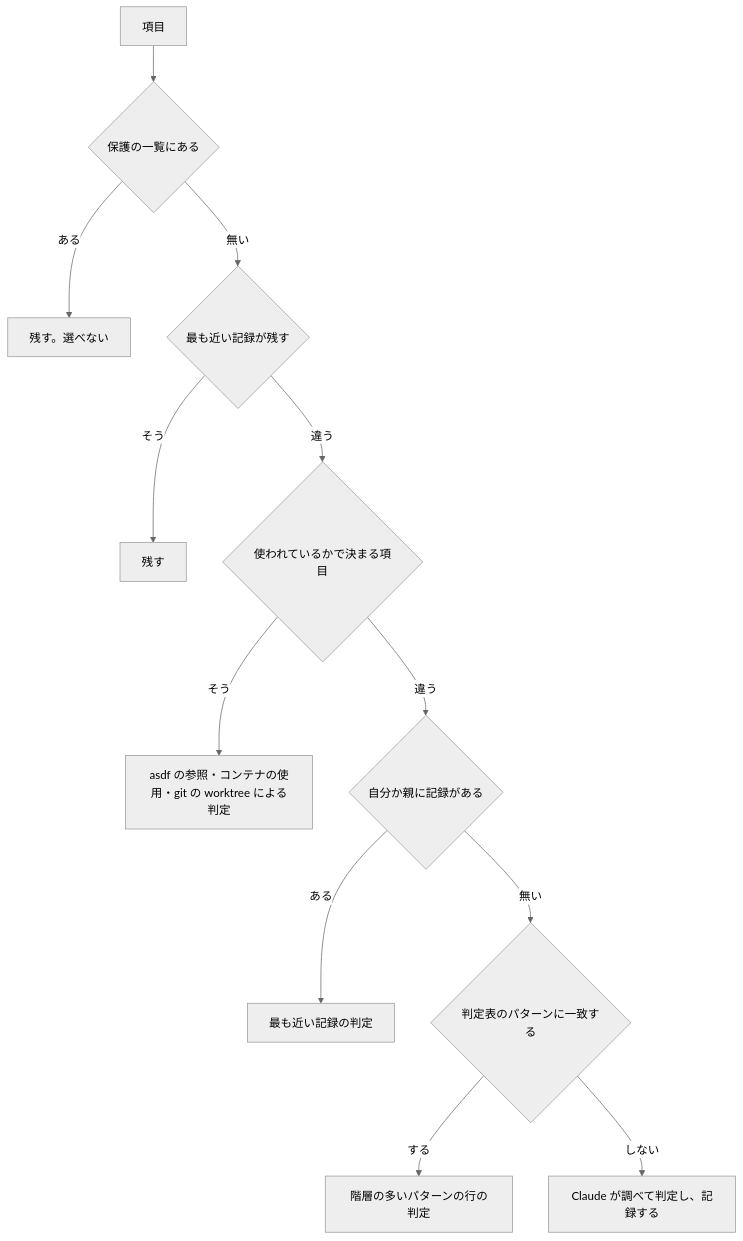
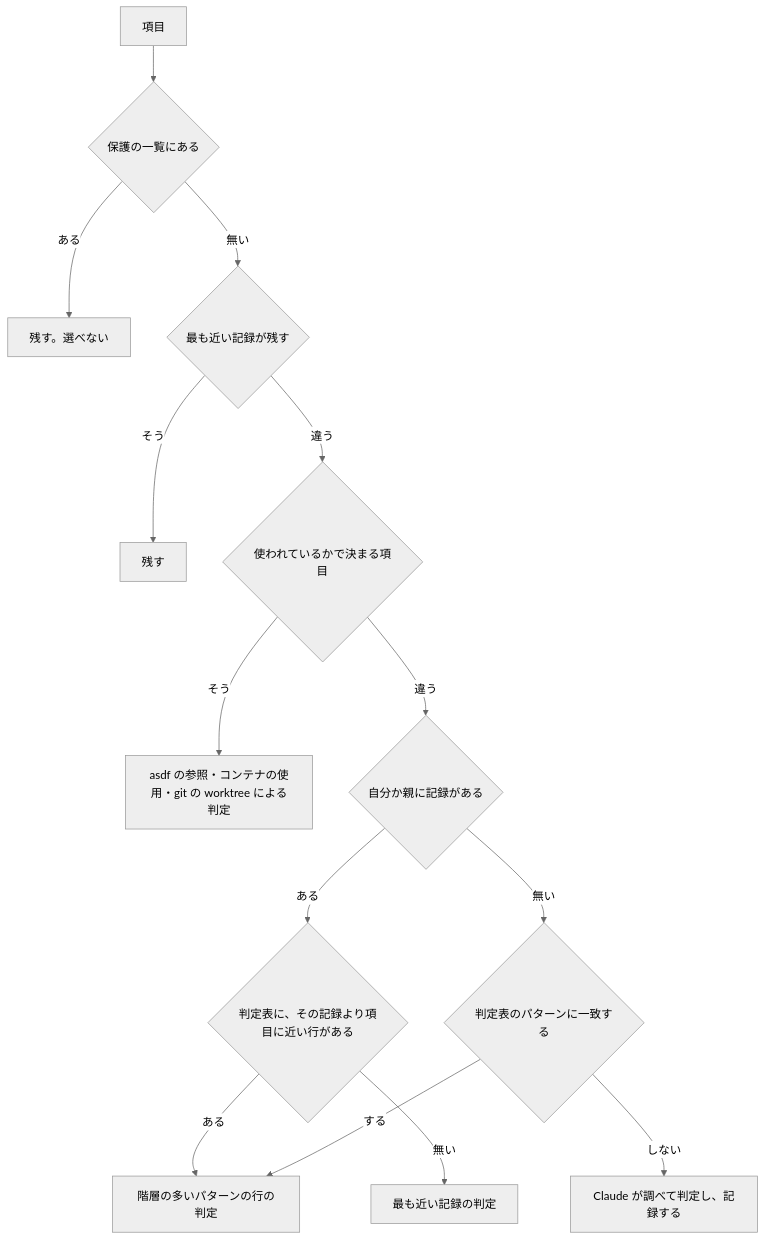
The second of 2 diagrams in docs/plans/2026-11-22-1630-feat-disk-usage-triage-plan.md (akm/claude-plugins), drawn with Mermaid (neutral theme) before and after one commit. The commit also changed other lines of this file, not shown here.

````diff
--- a/docs/plans/2026-11-22-1630-feat-disk-usage-triage-plan.md
+++ b/docs/plans/2026-11-22-1630-feat-disk-usage-triage-plan.md
@@ -317,14 +317,16 @@
 ```mermaid
 flowchart TB
   A[項目] --> B{保護の一覧にある}
   B -- ある --> B1[残す。選べない]
   B -- 無い --> C{最も近い記録が残す}
   C -- そう --> C1[残す]
   C -- 違う --> U{使われているかで決まる項目}
   U -- そう --> U1[asdf の参照・コンテナの使用・git の worktree による判定]
   U -- 違う --> R{自分か親に記録がある}
-  R -- ある --> R1[最も近い記録の判定]
+  R -- ある --> T{判定表に、その記録より項目に近い行がある}
+  T -- ある --> D1
+  T -- 無い --> R1[最も近い記録の判定]
   R -- 無い --> D{判定表のパターンに一致する}
   D -- する --> D1[階層の多いパターンの行の判定]
   D -- しない --> E[Claude が調べて判定し、記録する]
 ```
````
